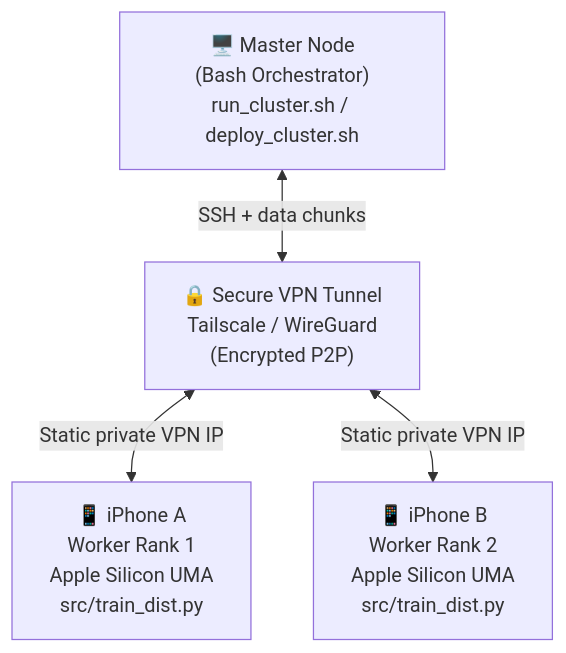
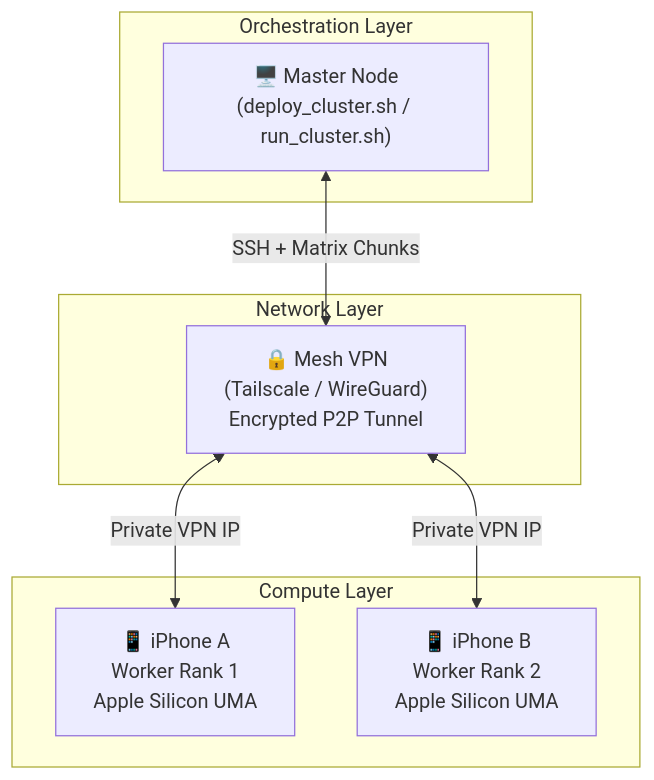
The first of 3 diagrams in docs/Technical_Guide.md (Mykol71/dist_cluster), drawn with Mermaid before and after one commit. The commit also changed other lines of this file and 1 other file, not shown here.

````diff
--- a/docs/Technical_Guide.md
+++ b/docs/Technical_Guide.md
@@ -12,11 +16,16 @@
 ```mermaid
-graph TD
-    MASTER["🖥️ Master Node\n(Bash Orchestrator)\nrun_cluster.sh / deploy_cluster.sh"]
-    VPN["🔒 Secure VPN Tunnel\nTailscale / WireGuard\n(Encrypted P2P)"]
-    A["📱 iPhone A\nWorker Rank 1\nApple Silicon UMA\nsrc/train_dist.py"]
-    B["📱 iPhone B\nWorker Rank 2\nApple Silicon UMA\nsrc/train_dist.py"]
-
-    MASTER <-->|"SSH + data chunks"| VPN
-    VPN <-->|"Static private VPN IP"| A
-    VPN <-->|"Static private VPN IP"| B
+graph TB
+    subgraph OL["Orchestration Layer"]
+        ORCH["🖥️ Master Node\n(deploy_cluster.sh / run_cluster.sh)"]
+    end
+    subgraph NL["Network Layer"]
+        VPN["🔒 Mesh VPN\n(Tailscale / WireGuard)\nEncrypted P2P Tunnel"]
+    end
+    subgraph CL["Compute Layer"]
+        W1["📱 iPhone A\nWorker Rank 1\nApple Silicon UMA"]
+        W2["📱 iPhone B\nWorker Rank 2\nApple Silicon UMA"]
+    end
+    ORCH <-->|"SSH + Matrix Chunks"| VPN
+    VPN <-->|"Private VPN IP"| W1
+    VPN <-->|"Private VPN IP"| W2
 ```
````
